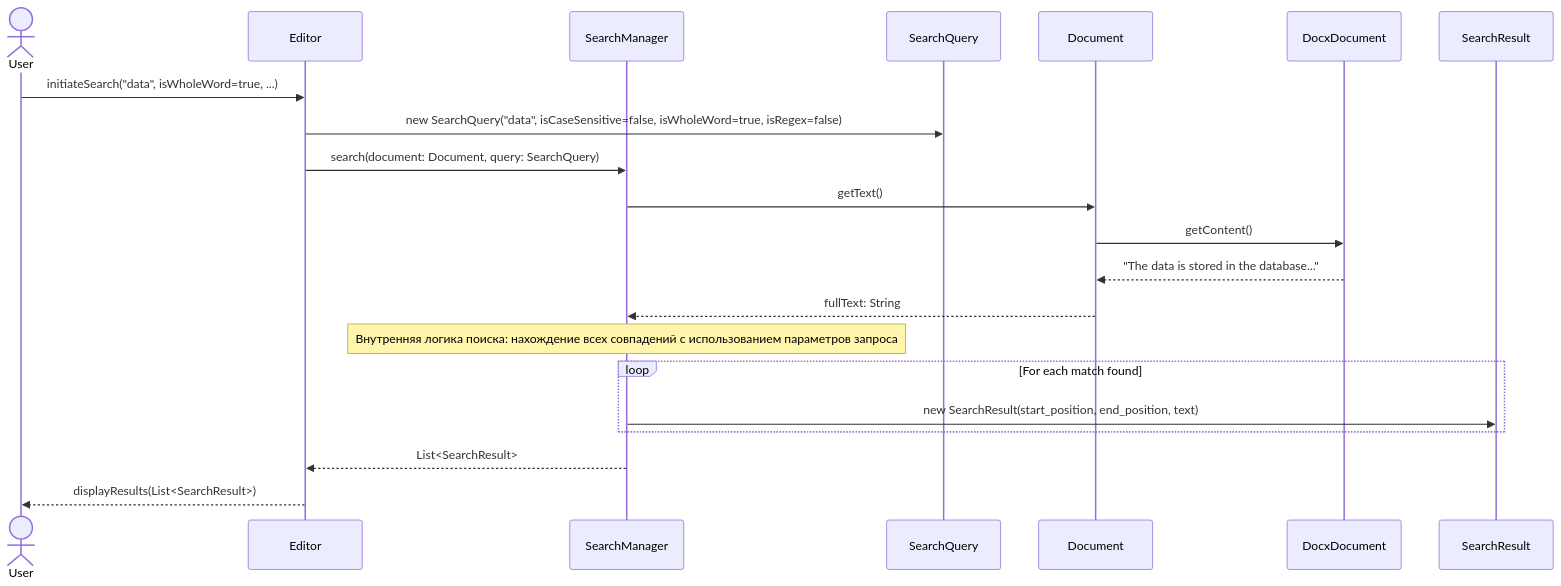
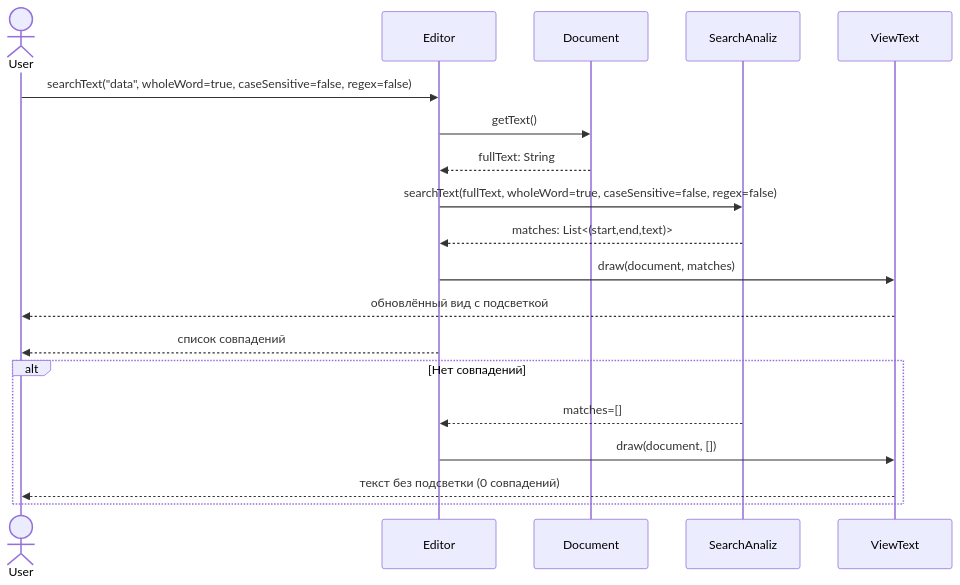
One commit to penamarth/bsbo-16-23_team5_var11_textedit changed the diagram in Документация/Преценденты/Поиск по файлу/Диаграмма последовательности Поиск по файлу.md. Above: the diagram before and after it, drawn with Mermaid. The commit also changed other lines of this file and 1 other file, not shown here.

Commit message:
Add диаграмма последовательности для поиска по файлу

````diff
--- a/Документация/Преценденты/Поиск по файлу/Диаграмма последовательности Поиск по файлу.md
+++ b/Документация/Преценденты/Поиск по файлу/Диаграмма последовательности Поиск по файлу.md
@@ -1,28 +3,27 @@
 ```mermaid
 sequenceDiagram
     actor User
     participant Editor
-    participant SearchManager
-    participant SearchQuery
     participant Document
-    participant DocxDocument
-    participant SearchResult
+    participant SearchAnaliz
+    participant ViewText
 
-    User->>Editor: initiateSearch("data", isWholeWord=true, ...)
-    Editor->>SearchQuery: new SearchQuery("data", isCaseSensitive=false, isWholeWord=true, isRegex=false)
-    Editor->>SearchManager: search(document: Document, query: SearchQuery)
-    
-    SearchManager->>Document: getText()
-    Document->>DocxDocument: getContent()
-    DocxDocument-->>Document: "The data is stored in the database..."
-    Document-->>SearchManager: fullText: String
-    
-    note over SearchManager: Внутренняя логика поиска: нахождение всех совпадений с использованием параметров запроса
-    
-    loop For each match found
-        SearchManager->>SearchResult: new SearchResult(start_position, end_position, text)
+    User->>Editor: searchText("data", wholeWord=true, caseSensitive=false, regex=false)
+
+    Editor->>Document: getText()
+    Document-->>Editor: fullText: String
+
+    Editor->>SearchAnaliz: searchText(fullText, wholeWord=true, caseSensitive=false, regex=false)
+
+    SearchAnaliz-->>Editor: matches: List<(start,end,text)>
+
+    Editor->>ViewText: draw(document, matches)
+    ViewText-->>User: обновлённый вид с подсветкой
+    Editor-->>User: список совпадений
+
+    alt Нет совпадений
+        SearchAnaliz-->>Editor: matches=[]
+        Editor->>ViewText: draw(document, [])
+        ViewText-->>User: текст без подсветки (0 совпадений)
     end
-    
-    SearchManager-->>Editor: List<SearchResult>
-    Editor-->>User: displayResults(List<SearchResult>)
 ```
````
